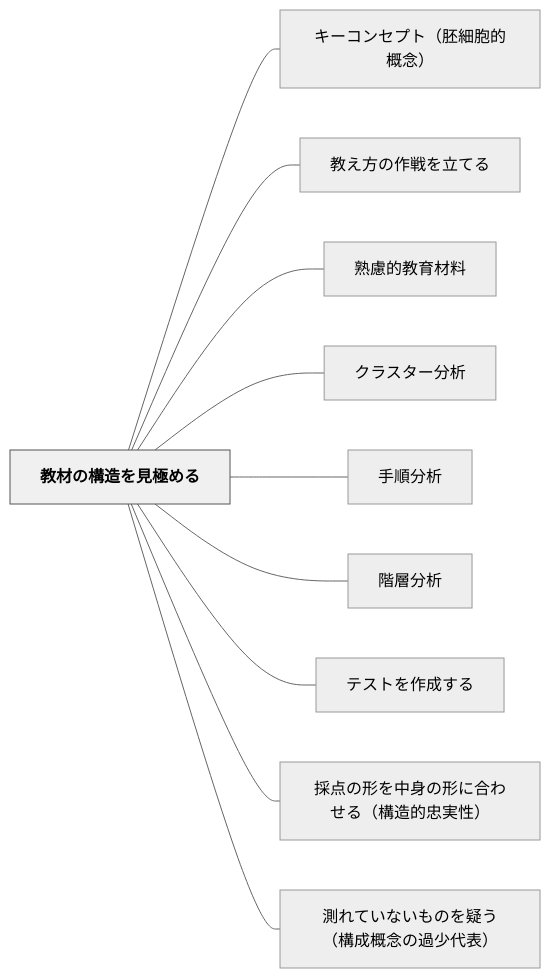
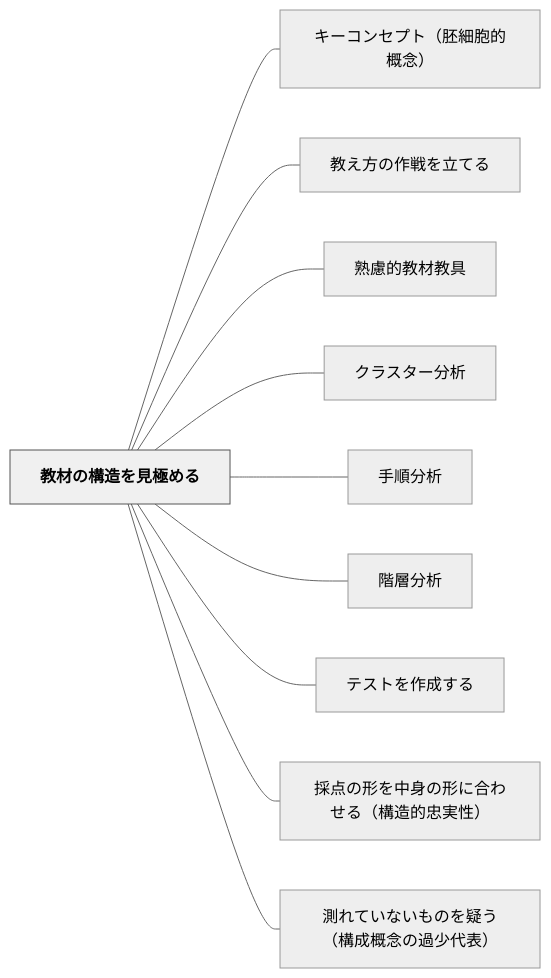
The diagram in content/パタン/教材の構造を見極める.md (unknownthings-ed-patterns/unknownthings-ed-patterns), drawn with Mermaid (neutral theme) before and after one commit. The commit also changed other lines of this file and 72 other files, not shown here.

````diff
--- a/content/パタン/教材の構造を見極める.md
+++ b/content/パタン/教材の構造を見極める.md
@@ -50,26 +50,26 @@
 ```mermaid
 flowchart LR
     ne69599e69d90e381aee6a78be980a0e38292e8a68be6a5b5e38281e3828b["教材の構造を見極める"]
     ne382ade383bce382b3e383b3e382bbe38397e38388efbc88e8839ae7b4b0e8839ee79a84e6a682e5bfb5efbc89["キーコンセプト（胚細胞的概念）"]
     ne69599e38188e696b9e381aee4bd9ce688a6e38292e7ab8be381a6e3828b["教え方の作戦を立てる"]
-    ne7869fe685aee79a84e69599e882b2e69d90e69699["熟慮的教育材料"]
+    ne7869fe685aee79a84e69599e69d90e69599e585b7["熟慮的教材教具"]
     ne382afe383a9e382b9e382bfe383bce58886e69e90["クラスター分析"]
     ne6898be9a086e58886e69e90["手順分析"]
     ne99a8ee5b1a4e58886e69e90["階層分析"]
     ne38386e382b9e38388e38292e4bd9ce68890e38199e3828b["テストを作成する"]
     ne68ea1e782b9e381aee5bda2e38292e4b8ade8baabe381aee5bda2e381abe59088e3828fe3819be3828befbc88e6a78be980a0e79a84e5bfa0e5ae9fe680a7efbc89["採点の形を中身の形に合わせる（構造的忠実性）"]
     ne6b8ace3828ce381a6e38184e381aae38184e38282e381aee38292e79691e38186efbc88e6a78be68890e6a682e5bfb5e381aee9818ee5b091e4bba3e8a1a8efbc89["測れていないものを疑う（構成概念の過少代表）"]
 
     ne69599e69d90e381aee6a78be980a0e38292e8a68be6a5b5e38281e3828b --- ne382ade383bce382b3e383b3e382bbe38397e38388efbc88e8839ae7b4b0e8839ee79a84e6a682e5bfb5efbc89
     ne69599e69d90e381aee6a78be980a0e38292e8a68be6a5b5e38281e3828b --- ne69599e38188e696b9e381aee4bd9ce688a6e38292e7ab8be381a6e3828b
-    ne69599e69d90e381aee6a78be980a0e38292e8a68be6a5b5e38281e3828b --- ne7869fe685aee79a84e69599e882b2e69d90e69699
+    ne69599e69d90e381aee6a78be980a0e38292e8a68be6a5b5e38281e3828b --- ne7869fe685aee79a84e69599e69d90e69599e585b7
     ne69599e69d90e381aee6a78be980a0e38292e8a68be6a5b5e38281e3828b --- ne382afe383a9e382b9e382bfe383bce58886e69e90
     ne69599e69d90e381aee6a78be980a0e38292e8a68be6a5b5e38281e3828b --- ne6898be9a086e58886e69e90
     ne69599e69d90e381aee6a78be980a0e38292e8a68be6a5b5e38281e3828b --- ne99a8ee5b1a4e58886e69e90
     ne69599e69d90e381aee6a78be980a0e38292e8a68be6a5b5e38281e3828b --- ne38386e382b9e38388e38292e4bd9ce68890e38199e3828b
     ne69599e69d90e381aee6a78be980a0e38292e8a68be6a5b5e38281e3828b --- ne68ea1e782b9e381aee5bda2e38292e4b8ade8baabe381aee5bda2e381abe59088e3828fe3819be3828befbc88e6a78be980a0e79a84e5bfa0e5ae9fe680a7efbc89
     ne69599e69d90e381aee6a78be980a0e38292e8a68be6a5b5e38281e3828b --- ne6b8ace3828ce381a6e38184e381aae38184e38282e381aee38292e79691e38186efbc88e6a78be68890e6a682e5bfb5e381aee9818ee5b091e4bba3e8a1a8efbc89
 
     classDef hub fill:#f0f0f0,stroke:#555,color:#000,font-weight:bold
     class ne69599e69d90e381aee6a78be980a0e38292e8a68be6a5b5e38281e3828b hub
 ```
````
